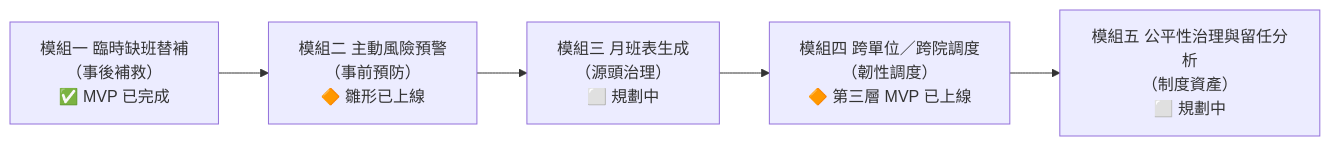
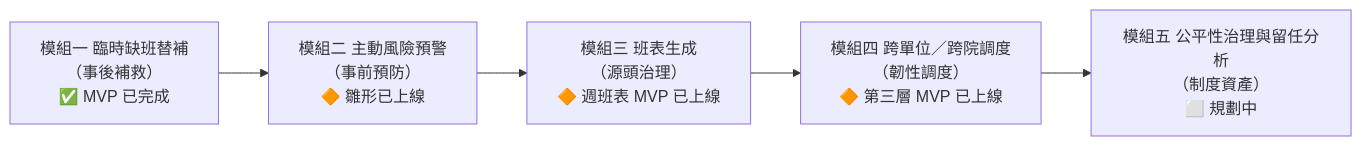
Before and after one commit to bobyu89/nursing-agent: the first of 3 diagrams in docs/BLUEPRINT.md, drawn with Mermaid. The commit also changed other lines of this file and 8 other files, not shown here.

First line of the commit message:
feat: 第 0 層源頭治理——班表生成 MVP（畫面 8）

````diff
--- a/docs/BLUEPRINT.md
+++ b/docs/BLUEPRINT.md
@@ -30,9 +30,9 @@
 ```mermaid
 flowchart LR
   M1["模組一 臨時缺班替補<br/>（事後補救）<br/>✅ MVP 已完成"]
   M2["模組二 主動風險預警<br/>（事前預防）<br/>🔶 雛形已上線"]
-  M3["模組三 月班表生成<br/>（源頭治理）<br/>⬜ 規劃中"]
+  M3["模組三 班表生成<br/>（源頭治理）<br/>🔶 週班表 MVP 已上線"]
   M4["模組四 跨單位／跨院調度<br/>（韌性調度）<br/>🔶 第三層 MVP 已上線"]
   M5["模組五 公平性治理與留任分析<br/>（制度資產）<br/>⬜ 規劃中"]
   M1 --> M2 --> M3 --> M4 --> M5
 ```
````
